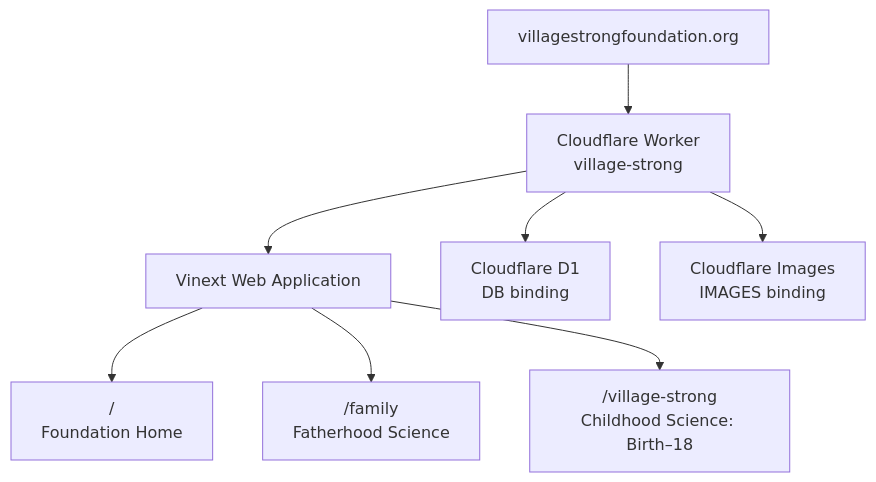
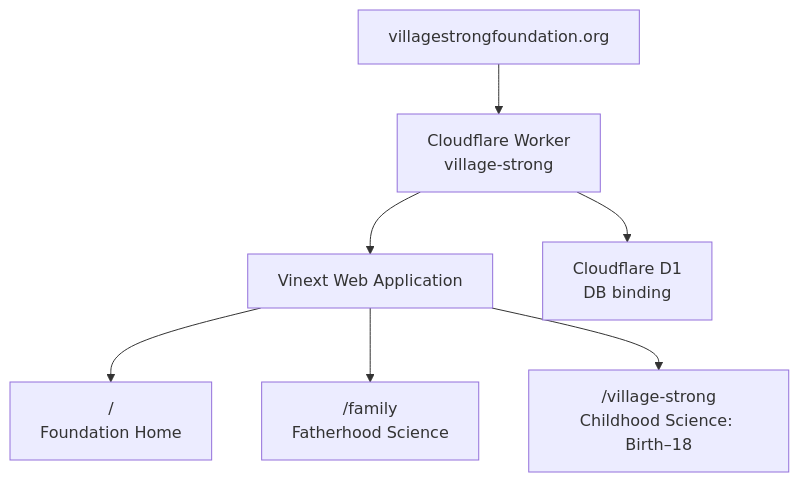
One commit to 73junito/village_strong changed the diagram in apps/web/MERMAID.md. Above: the diagram before and after it, drawn with Mermaid. The commit also changed 4 other files, not shown here.

First line of the commit message:
chore: remove unused image endpoint and Images binding (#8)

````diff
--- a/apps/web/MERMAID.md
+++ b/apps/web/MERMAID.md
@@ -3,16 +3,15 @@
 ```mermaid
 flowchart TD
     Domain["villagestrongfoundation.org"]
     Worker["Cloudflare Worker<br/>village-strong"]
     Application["Vinext Web Application"]
 
     Domain --> Worker
     Worker --> Application
 
     Application --> Home["/<br/>Foundation Home"]
     Application --> Family["/family<br/>Fatherhood Science"]
     Application --> Village["/village-strong<br/>Childhood Science: Birth–18"]
 
     Worker --> D1["Cloudflare D1<br/>DB binding"]
-    Worker --> Media["Cloudflare Images<br/>IMAGES binding"]
 ```
````
